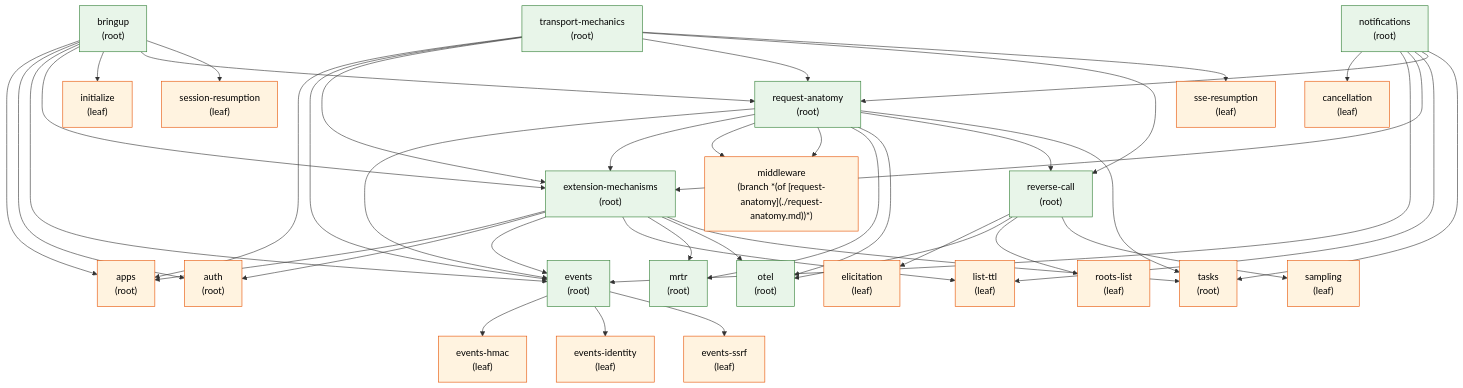
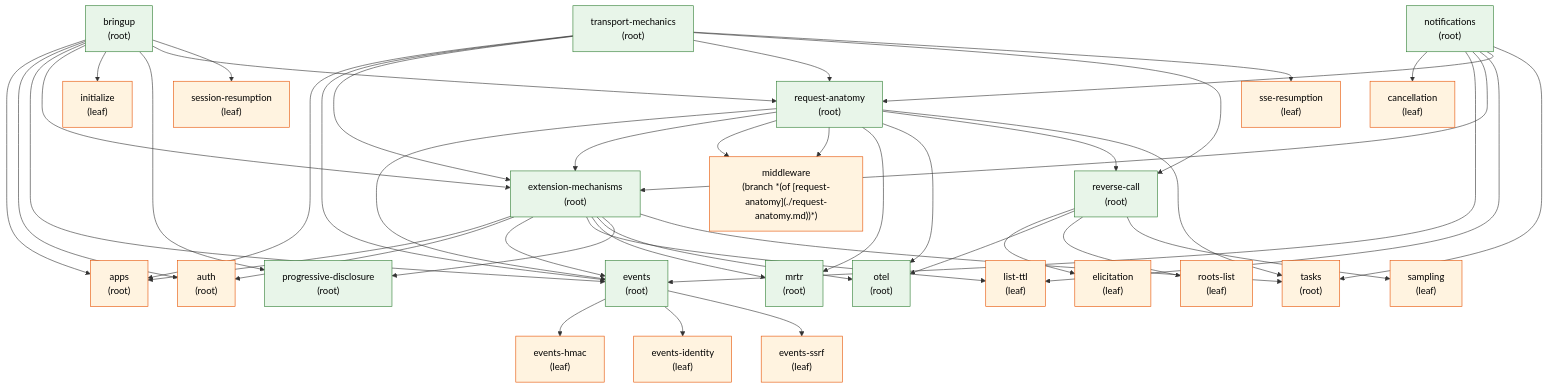
The diagram in tutorials/walkthrough/GRAPH.md (panyam/mcpkit), drawn with Mermaid before and after one commit. The commit also changed 8 other files, not shown here.

First line of the commit message:
docs: progressive disclosure concept page and the disclosure example page

````diff
--- a/tutorials/walkthrough/GRAPH.md
+++ b/tutorials/walkthrough/GRAPH.md
@@ -37,6 +37,8 @@
     click notifications "https://github.com/panyam/mcpkit/blob/main/tutorials/walkthrough/notifications.md"
     otel["otel<br/>(root)"]
     click otel "https://github.com/panyam/mcpkit/blob/main/tutorials/walkthrough/otel.md"
+    progressive-disclosure["progressive-disclosure<br/>(root)"]
+    click progressive-disclosure "https://github.com/panyam/mcpkit/blob/main/tutorials/walkthrough/progressive-disclosure.md"
     request-anatomy["request-anatomy<br/>(root)"]
     click request-anatomy "https://github.com/panyam/mcpkit/blob/main/tutorials/walkthrough/request-anatomy.md"
     reverse-call["reverse-call<br/>(root)"]
@@ -83,6 +85,8 @@
     request-anatomy --> otel
     extension-mechanisms --> otel
     reverse-call --> otel
+    bringup --> progressive-disclosure
+    extension-mechanisms --> progressive-disclosure
     bringup --> request-anatomy
     transport-mechanics --> request-anatomy
     notifications --> request-anatomy
@@ -98,6 +102,6 @@
 
     classDef written fill:#e8f5e9,stroke:#2e7d32,color:#000;
     classDef stub fill:#fff3e0,stroke:#e65100,color:#000;
-    class bringup,events,extension-mechanisms,mrtr,notifications,otel,request-anatomy,reverse-call,transport-mechanics written;
+    class bringup,events,extension-mechanisms,mrtr,notifications,otel,progressive-disclosure,request-anatomy,reverse-call,transport-mechanics written;
     class apps,auth,cancellation,elicitation,events-hmac,events-identity,events-ssrf,initialize,list-ttl,middleware,roots-list,sampling,session-resumption,sse-resumption,tasks stub;
 ```
````
